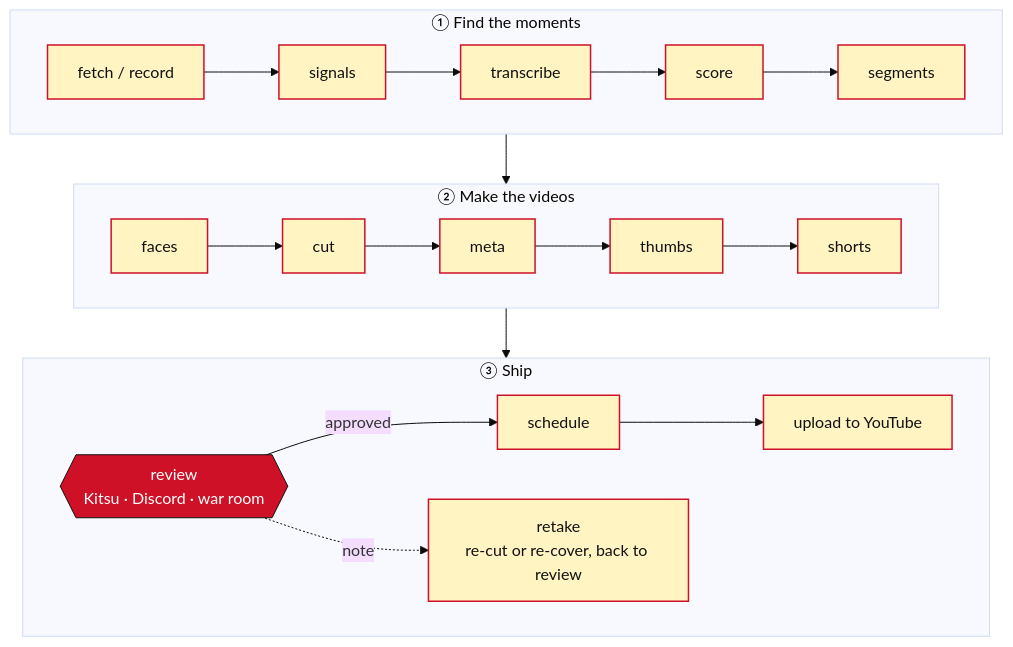
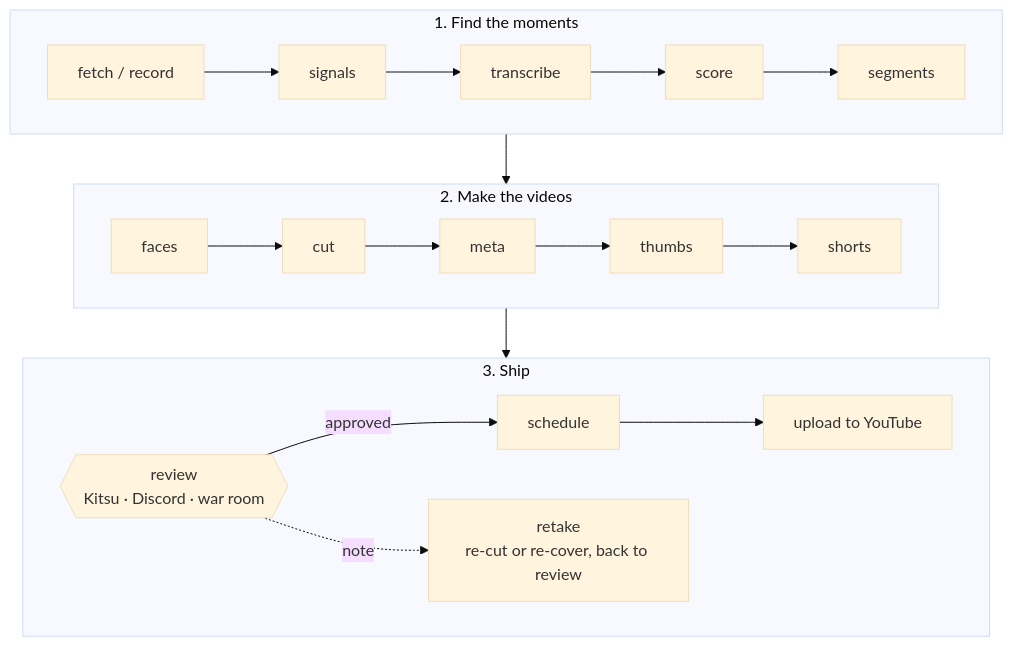
The diagram in docs/wiki/Home.md (byvfx/clipper), drawn with Mermaid (base theme) before and after one commit. The commit also changed other lines of this file and 5 other files, not shown here.

First line of the commit message:
wiki: a plain look (new banner, no emoji, no diagram colours); Home links NAS hub and Claude on the NAS

````diff
--- a/docs/wiki/Home.md
+++ b/docs/wiki/Home.md
@@ -14,21 +14,17 @@
 ```mermaid
 flowchart TB
-  subgraph find ["① Find the moments"]
+  subgraph find ["1. Find the moments"]
     direction LR
     rec["fetch / record"] --> sig["signals"] --> tr["transcribe"] --> sc["score"] --> seg["segments"]
   end
-  subgraph make ["② Make the videos"]
+  subgraph make ["2. Make the videos"]
     direction LR
     fa["faces"] --> cut["cut"] --> me["meta"] --> th["thumbs"] --> sh["shorts"]
   end
-  subgraph ship ["③ Ship"]
+  subgraph ship ["3. Ship"]
     direction LR
     rv{{"review<br/>Kitsu · Discord · war room"}} -->|approved| sch["schedule"] --> up["upload to YouTube"]
     rv -. "note" .-> rt["retake<br/>re-cut or re-cover, back to review"]
   end
   find --> make --> ship
-  classDef stage fill:#fff4c2,stroke:#ce1126,stroke-width:1.5px,color:#111
-  classDef gate fill:#ce1126,stroke:#111,color:#fff
-  class rec,sig,tr,sc,seg,fa,cut,me,th,sh,sch,up,rt stage
-  class rv gate
 ```
````
